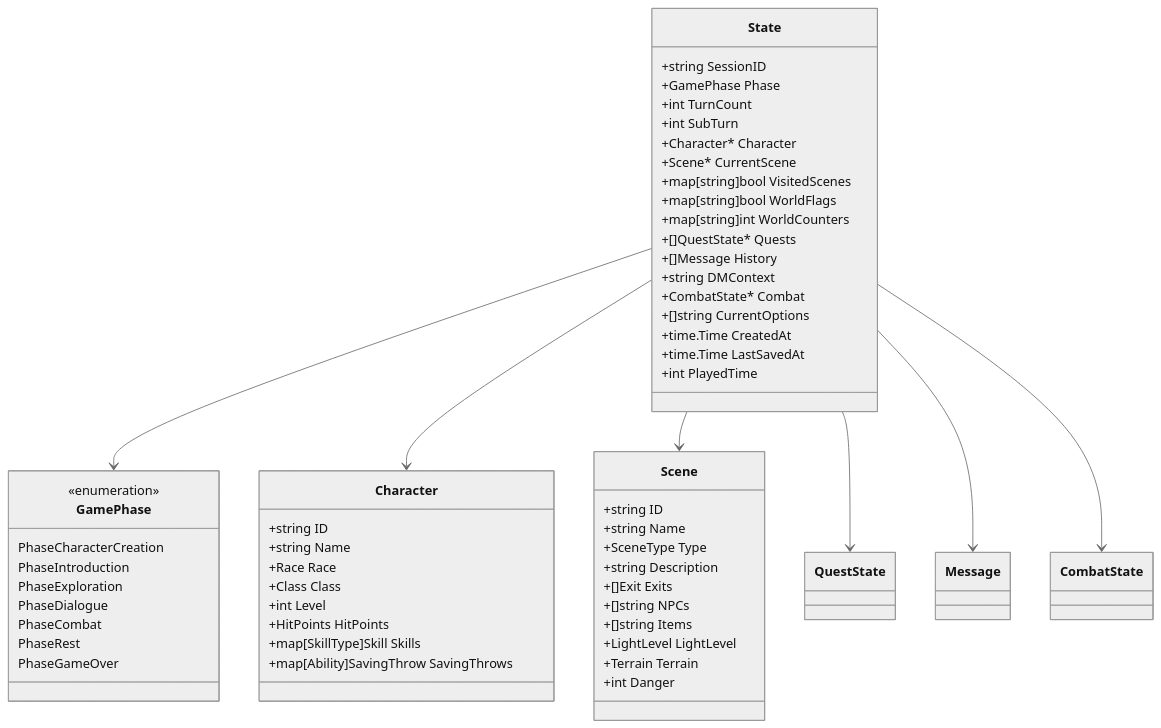
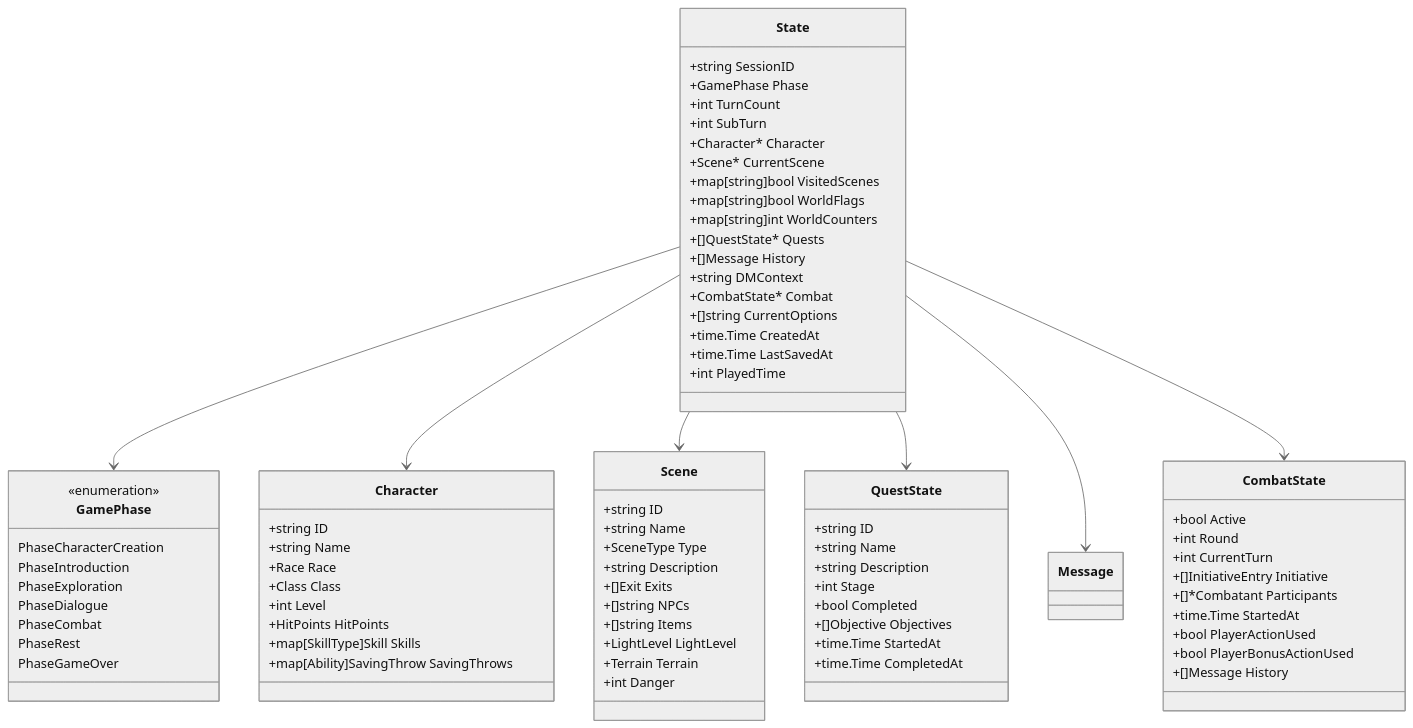
The second of 9 diagrams in .qoder/repowiki/zh/content/游戏引擎架构/状态管理系统.md (zwh8800/cdnd), drawn with Mermaid (neutral theme) before and after one commit. The commit also changed other lines of this file and 102 other files, not shown here.

````diff
--- a/.qoder/repowiki/zh/content/游戏引擎架构/状态管理系统.md
+++ b/.qoder/repowiki/zh/content/游戏引擎架构/状态管理系统.md
@@ -101,60 +108,81 @@
 ```mermaid
 classDiagram
 class State {
 +string SessionID
 +GamePhase Phase
 +int TurnCount
 +int SubTurn
 +Character* Character
 +Scene* CurrentScene
 +map[string]bool VisitedScenes
 +map[string]bool WorldFlags
 +map[string]int WorldCounters
 +[]QuestState* Quests
 +[]Message History
 +string DMContext
 +CombatState* Combat
 +[]string CurrentOptions
 +time.Time CreatedAt
 +time.Time LastSavedAt
 +int PlayedTime
 }
 class GamePhase {
 <<enumeration>>
 PhaseCharacterCreation
 PhaseIntroduction
 PhaseExploration
 PhaseDialogue
 PhaseCombat
 PhaseRest
 PhaseGameOver
 }
 class Character {
 +string ID
 +string Name
 +Race Race
 +Class Class
 +int Level
 +HitPoints HitPoints
 +map[SkillType]Skill Skills
 +map[Ability]SavingThrow SavingThrows
 }
 class Scene {
 +string ID
 +string Name
 +SceneType Type
 +string Description
 +[]Exit Exits
 +[]string NPCs
 +[]string Items
 +LightLevel LightLevel
 +Terrain Terrain
 +int Danger
 }
+class CombatState {
++bool Active
++int Round
++int CurrentTurn
++[]InitiativeEntry Initiative
++[]*Combatant Participants
++time.Time StartedAt
++bool PlayerActionUsed
++bool PlayerBonusActionUsed
++[]Message History
+}
+class QuestState {
++string ID
++string Name
++string Description
++int Stage
++bool Completed
++[]Objective Objectives
++time.Time StartedAt
++time.Time CompletedAt
+}
 State --> GamePhase
 State --> Character
 State --> Scene
 State --> QuestState
 State --> Message
 State --> CombatState
 ```
````
